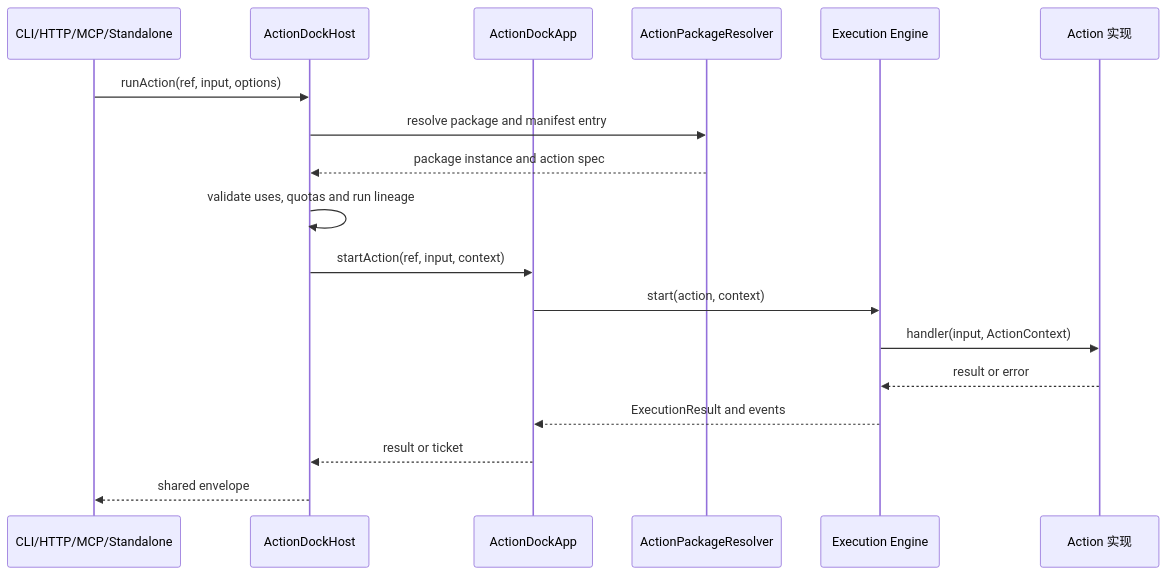
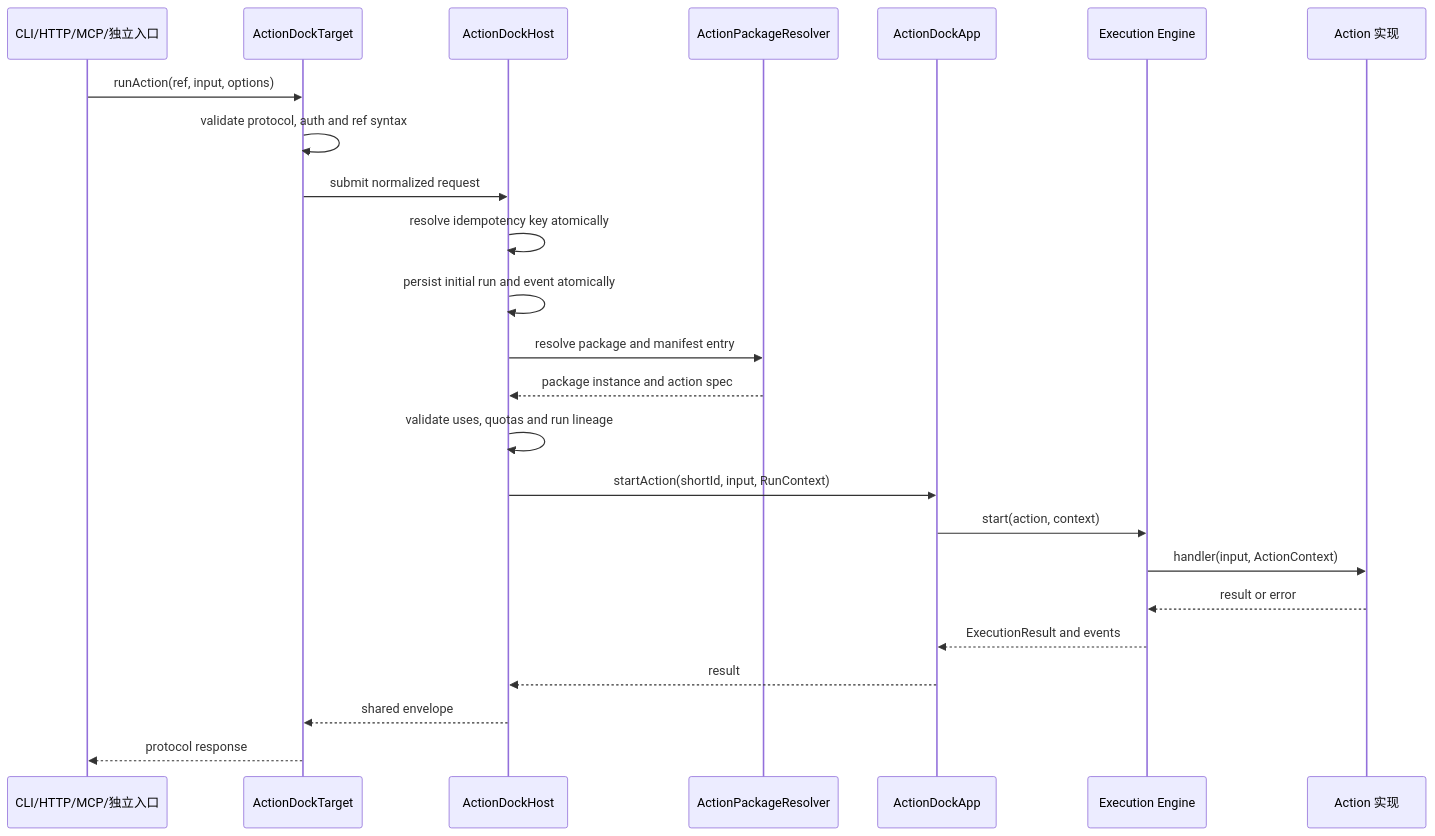
One commit to team4u/actiondock changed the second of 3 diagrams in docs/architecture/20260909 ActionDock 2.0 重构设计文档.md. Above: the diagram before and after it, drawn with Mermaid. The commit also changed other lines of this file and 31 other files, not shown here.

````diff
--- a/docs/architecture/20260909 ActionDock 2.0 重构设计文档.md
+++ b/docs/architecture/20260909 ActionDock 2.0 重构设计文档.md
@@ -217,21 +259,27 @@
 ```mermaid
 sequenceDiagram
-  participant Caller as CLI/HTTP/MCP/Standalone
+  participant Caller as CLI/HTTP/MCP/独立入口
+  participant Target as ActionDockTarget
   participant Host as ActionDockHost
+  participant Resolver as ActionPackageResolver
   participant App as ActionDockApp
-  participant Resolver as ActionPackageResolver
   participant Engine as Execution Engine
   participant Action as Action 实现
 
-  Caller->>Host: runAction(ref, input, options)
+  Caller->>Target: runAction(ref, input, options)
+  Target->>Target: validate protocol, auth and ref syntax
+  Target->>Host: submit normalized request
+  Host->>Host: resolve idempotency key atomically
+  Host->>Host: persist initial run and event atomically
   Host->>Resolver: resolve package and manifest entry
   Resolver-->>Host: package instance and action spec
   Host->>Host: validate uses, quotas and run lineage
-  Host->>App: startAction(ref, input, context)
+  Host->>App: startAction(shortId, input, RunContext)
   App->>Engine: start(action, context)
   Engine->>Action: handler(input, ActionContext)
   Action-->>Engine: result or error
   Engine-->>App: ExecutionResult and events
-  App-->>Host: result or ticket
-  Host-->>Caller: shared envelope
+  App-->>Host: result
+  Host-->>Target: shared envelope
+  Target-->>Caller: protocol response
 ```
````
